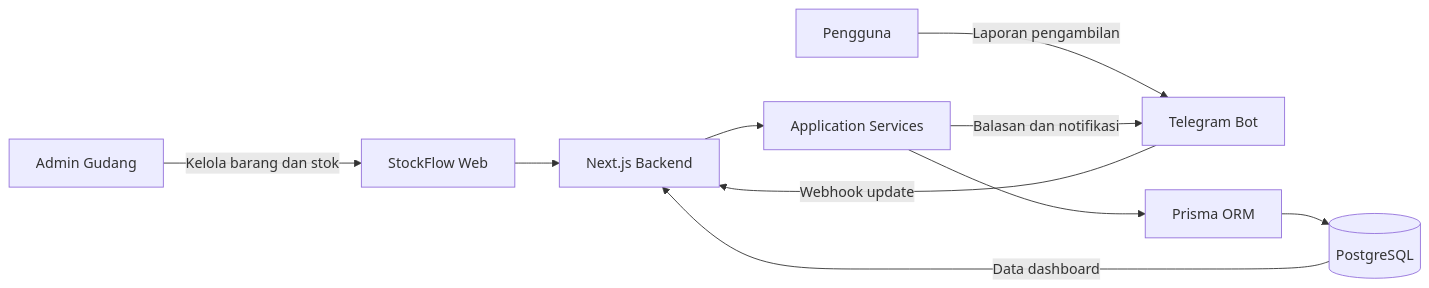
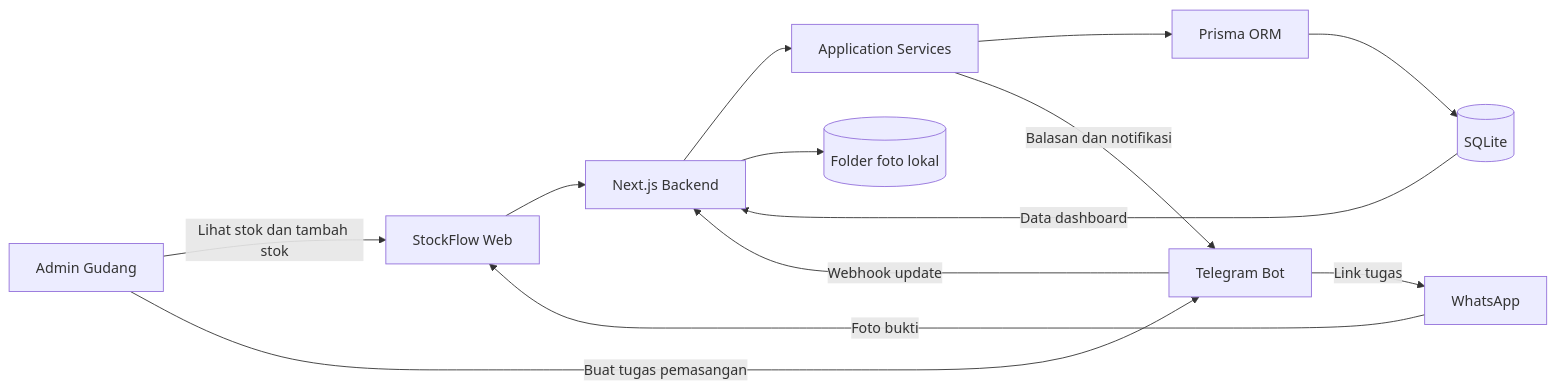
Before and after one commit to MadeDaniArdana/Stok_Bot: the first of 2 diagrams in Doc/05-Arsitektur.md, drawn with Mermaid. The commit also changed other lines of this file and 24 other files, not shown here.

Commit message:
Implement installation task photo flow

````diff
--- a/Doc/05-Arsitektur.md
+++ b/Doc/05-Arsitektur.md
@@ -24,12 +25,15 @@
 ```mermaid
 flowchart LR
-  Admin[Admin Gudang] -->|Kelola barang dan stok| Web[StockFlow Web]
-  User[Pengguna] -->|Laporan pengambilan| TG[Telegram Bot]
+  Admin[Admin Gudang] -->|Lihat stok dan tambah stok| Web[StockFlow Web]
+  Admin -->|Buat tugas pemasangan| TG[Telegram Bot]
   TG -->|Webhook update| App[Next.js Backend]
+  TG -->|Link tugas| WA[WhatsApp]
+  WA -->|Foto bukti| Web
   Web --> App
   App --> Services[Application Services]
   Services --> ORM[Prisma ORM]
-  ORM --> DB[(PostgreSQL)]
+  ORM --> DB[(SQLite)]
+  App --> Files[(Folder foto lokal)]
   Services -->|Balasan dan notifikasi| TG
   DB -->|Data dashboard| App
 ```
````
